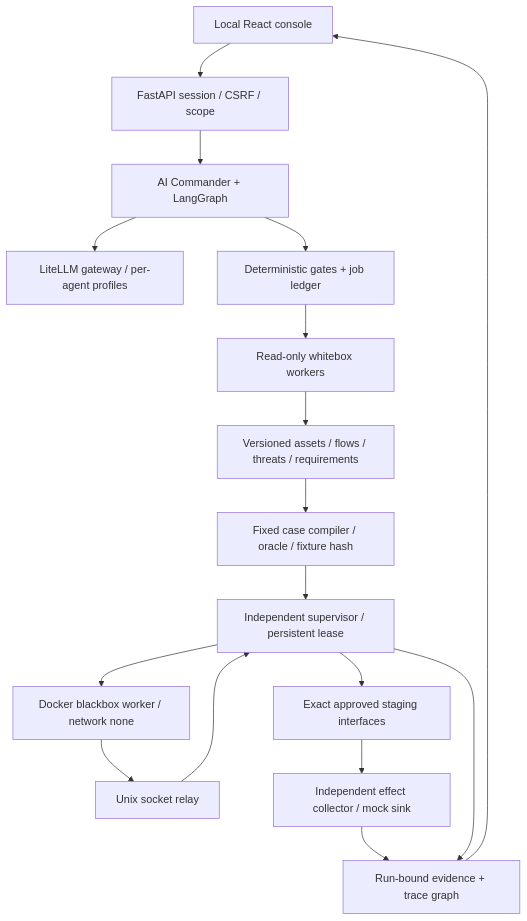
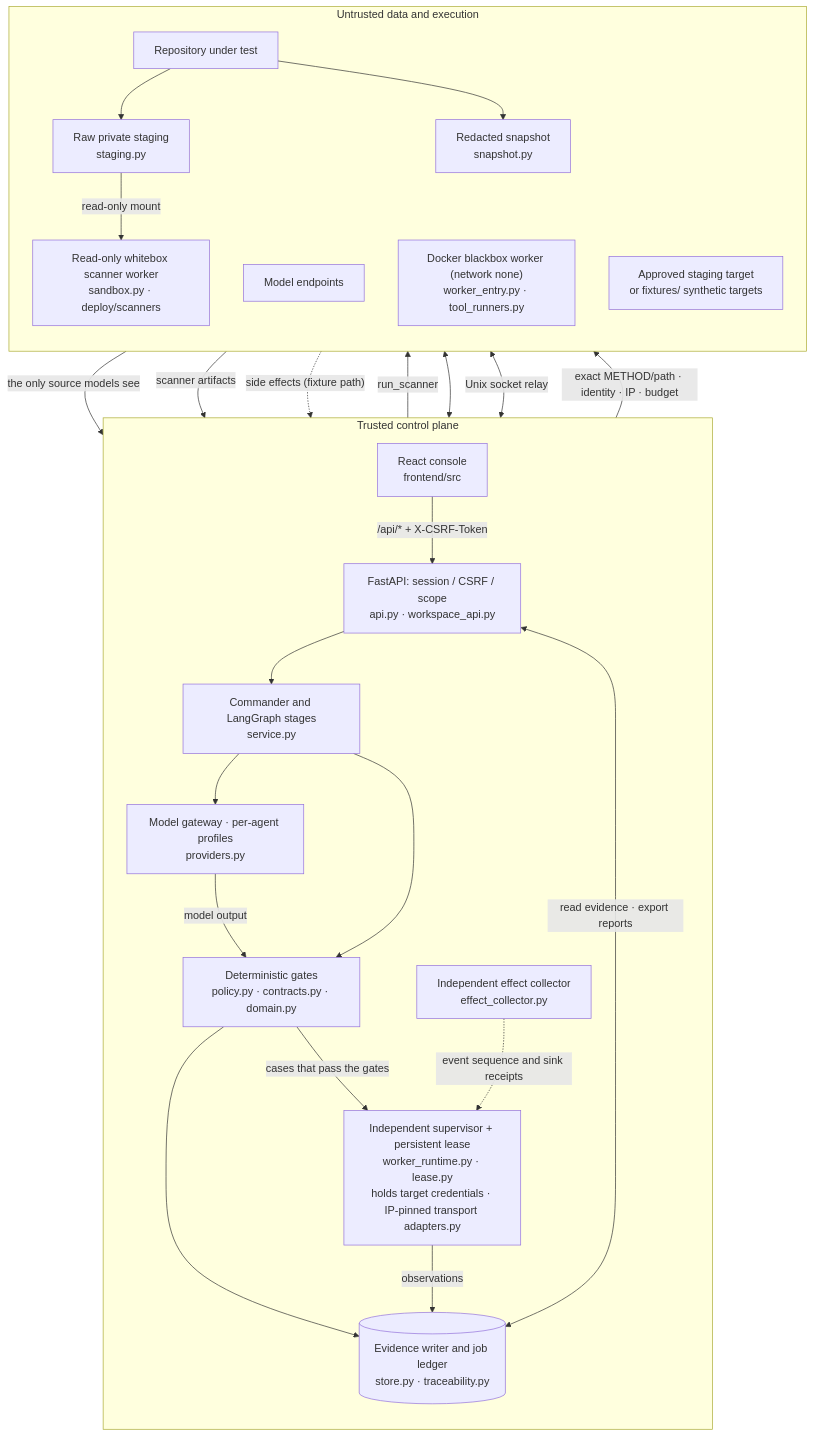
One commit to chinchiang/MultiAgentBeta changed the second of 2 diagrams in docs/ARCHITECTURE.md. Above: the diagram before and after it, drawn with Mermaid. The commit also changed other lines of this file and 3 other files, not shown here.

First line of the commit message:
Guard architecture diagrams and redraw the trust-boundary view

````diff
--- a/docs/ARCHITECTURE.md
+++ b/docs/ARCHITECTURE.md
@@ -86,19 +109,44 @@
 ```mermaid
 flowchart TB
-  UI["Local React console"] --> API["FastAPI session / CSRF / scope"]
-  API --> C["AI Commander + LangGraph"]
-  C --> MG["LiteLLM gateway / per-agent profiles"]
-  C --> G["Deterministic gates + job ledger"]
-  G --> W["Read-only whitebox workers"]
-  W --> TM["Versioned assets / flows / threats / requirements"]
-  TM --> TC["Fixed case compiler / oracle / fixture hash"]
-  TC --> S["Independent supervisor / persistent lease"]
-  S --> B["Docker blackbox worker / network none"]
-  B --> R["Unix socket relay"]
-  R --> S
-  S --> T["Exact approved staging interfaces"]
-  T --> E["Independent effect collector / mock sink"]
-  E --> A["Run-bound evidence + trace graph"]
-  S --> A
-  A --> UI
+  subgraph CP["Trusted control plane"]
+    direction TB
+    UI["React console<br/>frontend/src"]
+    API["FastAPI: session / CSRF / scope<br/>api.py · workspace_api.py"]
+    C["Commander and LangGraph stages<br/>service.py"]
+    MG["Model gateway · per-agent profiles<br/>providers.py"]
+    G["Deterministic gates<br/>policy.py · contracts.py · domain.py"]
+    SUP["Independent supervisor + persistent lease<br/>worker_runtime.py · lease.py<br/>holds target credentials · IP-pinned transport adapters.py"]
+    EC["Independent effect collector<br/>effect_collector.py"]
+    DB[("Evidence writer and job ledger<br/>store.py · traceability.py")]
+  end
+  subgraph UT["Untrusted data and execution"]
+    direction TB
+    REPO["Repository under test"]
+    ST["Raw private staging<br/>staging.py"]
+    SN["Redacted snapshot<br/>snapshot.py"]
+    LLM["Model endpoints"]
+    SC["Read-only whitebox scanner worker<br/>sandbox.py · deploy/scanners"]
+    BW["Docker blackbox worker (network none)<br/>worker_entry.py · tool_runners.py"]
+    T["Approved staging target<br/>or fixtures/ synthetic targets"]
+  end
+  UI -->|"/api/* + X-CSRF-Token"| API
+  API --> C
+  REPO --> ST
+  REPO --> SN
+  C -->|"run_scanner"| SC
+  ST -->|"read-only mount"| SC
+  C --> MG
+  SN -->|"the only source models see"| MG
+  MG <--> LLM
+  MG -->|"model output"| G
+  SC -->|"scanner artifacts"| G
+  C --> G
+  G -->|"cases that pass the gates"| SUP
+  SUP <-->|"Unix socket relay"| BW
+  SUP -->|"exact METHOD/path · identity · IP · budget"| T
+  T -.->|"side effects (fixture path)"| EC
+  EC -.->|"event sequence and sink receipts"| SUP
+  G --> DB
+  SUP -->|"observations"| DB
+  API <-->|"read evidence · export reports"| DB
 ```
````
